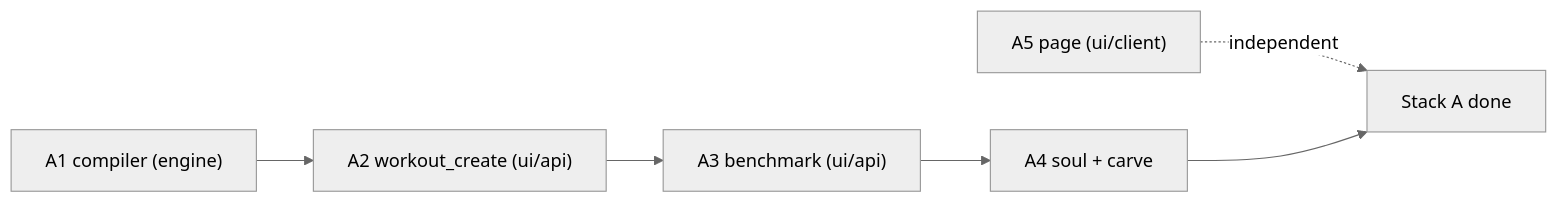
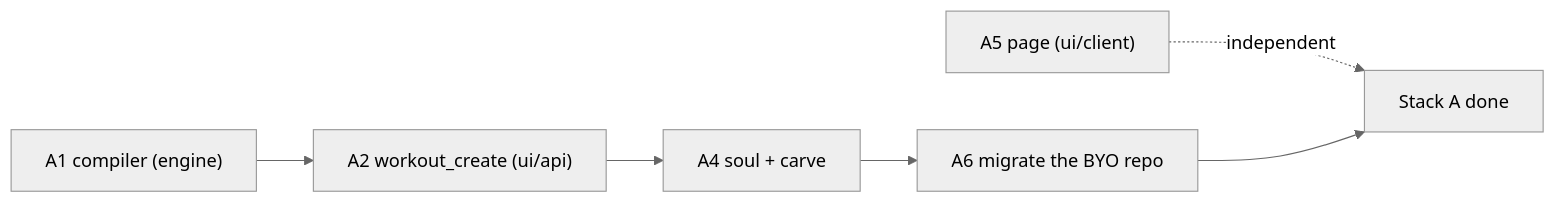
The diagram in docs/plans/workouts-stack-a-lld.md (sibling-shipyard/coach-hq), drawn with Mermaid (neutral theme) before and after one commit. The commit also changed other lines of this file and 1 other file, not shown here.

````diff
--- a/docs/plans/workouts-stack-a-lld.md
+++ b/docs/plans/workouts-stack-a-lld.md
@@ -17,8 +17,8 @@
 ```mermaid
 flowchart LR
   A5["A5 page (ui/client)"] -.->|independent| done["Stack A done"]
   A1["A1 compiler (engine)"] --> A2["A2 workout_create (ui/api)"]
-  A2 --> A3["A3 benchmark (ui/api)"]
-  A3 --> A4["A4 soul + carve"]
-  A4 --> done
+  A2 --> A4["A4 soul + carve"]
+  A4 --> A6["A6 migrate the BYO repo"]
+  A6 --> done
 ```
````
